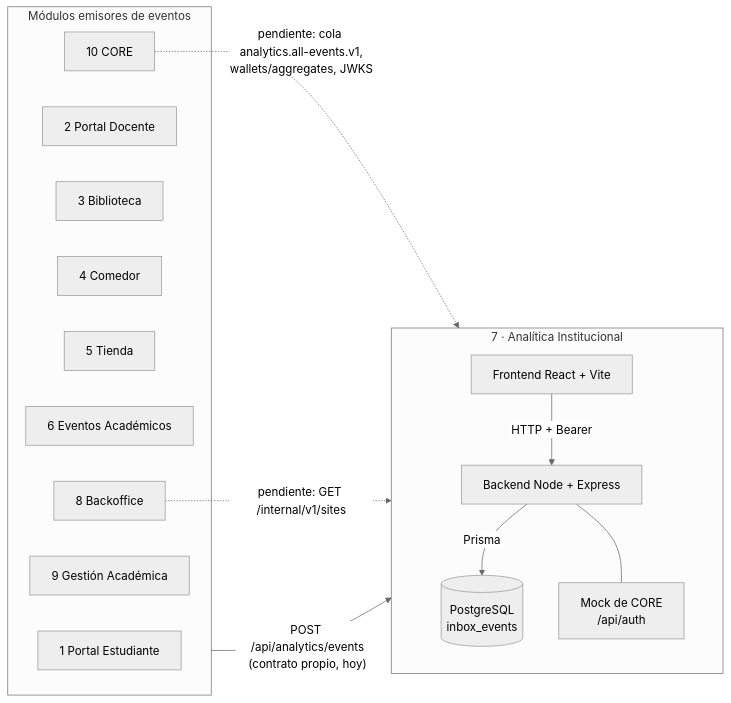
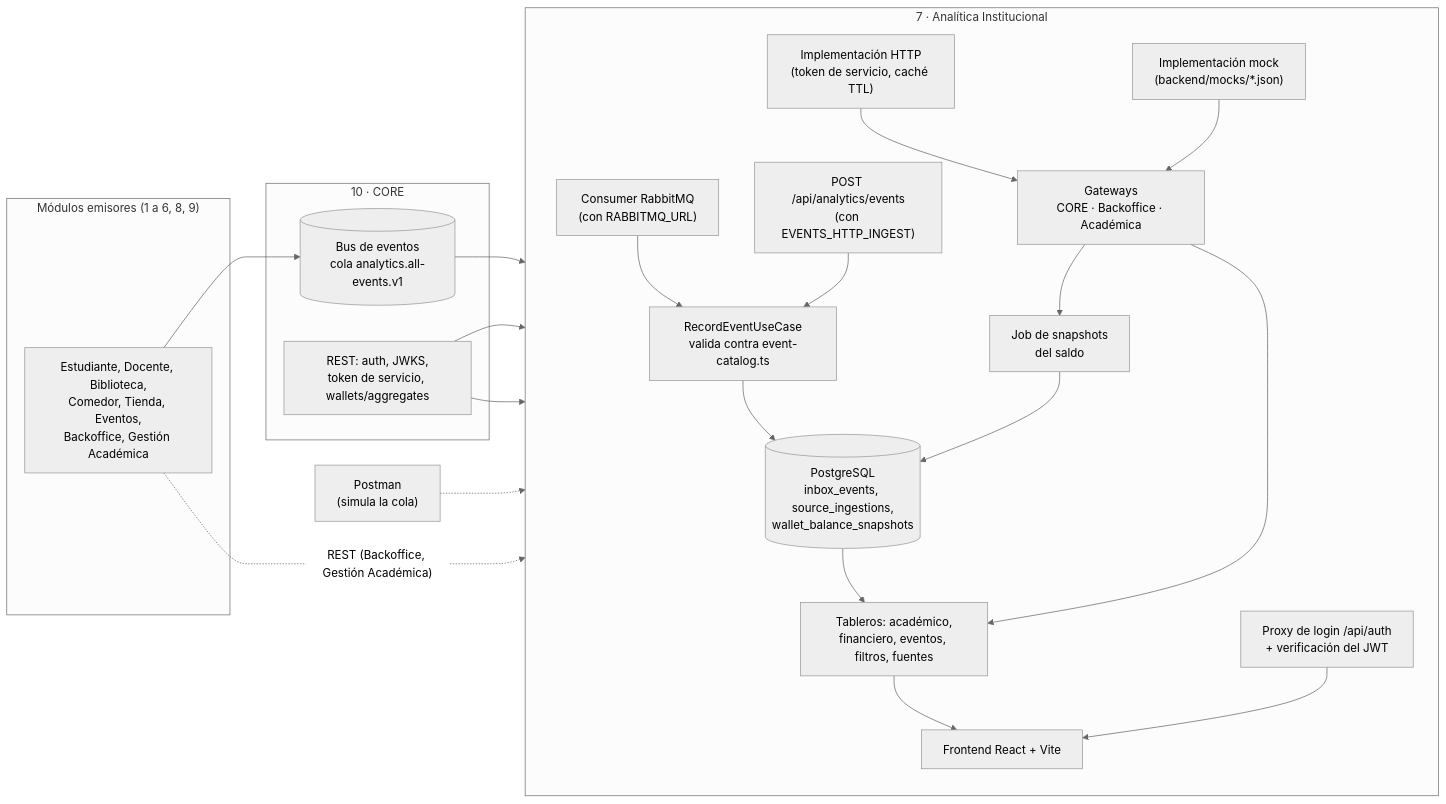
The diagram in README.md (JoacoaFernandez/Modulo7), drawn with Mermaid (neutral theme) before and after one commit. The commit also changed other lines of this file and 5 other files, not shown here.

First line of the commit message:
Fase F de la integración: documentación del contrato v1, modos mock/real y guía del repo

````diff
--- a/README.md
+++ b/README.md
@@ -35,29 +32,45 @@
 ```mermaid
 flowchart LR
-  subgraph Emisores["Módulos emisores de eventos"]
-    PE[1 Portal Estudiante]
-    PD[2 Portal Docente]
-    BI[3 Biblioteca]
-    CO[4 Comedor]
-    TI[5 Tienda]
-    EV[6 Eventos Académicos]
-    BO[8 Backoffice]
-    GA[9 Gestión Académica]
-    CORE[10 CORE]
+  subgraph EM["Módulos emisores (1 a 6, 8, 9)"]
+    G["Estudiante, Docente, Biblioteca,<br/>Comedor, Tienda, Eventos,<br/>Backoffice, Gestión Académica"]
   end
+
+  subgraph CORE["10 · CORE"]
+    BUS[("Bus de eventos<br/>cola analytics.all-events.v1")]
+    CREST["REST: auth, JWKS,<br/>token de servicio, wallets/aggregates"]
+  end
+
+  PM["Postman<br/>(simula la cola)"]
 
   subgraph M7["7 · Analítica Institucional"]
     direction TB
-    FE[Frontend React + Vite]
-    BE[Backend Node + Express]
-    DB[(PostgreSQL<br/>inbox_events)]
-    MOCK[Mock de CORE<br/>/api/auth]
-    FE -- "HTTP + Bearer" --> BE
-    BE -- "Prisma" --> DB
-    BE --- MOCK
+    CONS["Consumer RabbitMQ<br/>(con RABBITMQ_URL)"]
+    POST["POST /api/analytics/events<br/>(con EVENTS_HTTP_INGEST)"]
+    REC["RecordEventUseCase<br/>valida contra event-catalog.ts"]
+    DB[("PostgreSQL<br/>inbox_events, source_ingestions,<br/>wallet_balance_snapshots")]
+    JOB["Job de snapshots<br/>del saldo"]
+    GW["Gateways<br/>CORE · Backoffice · Académica"]
+    HTTP["Implementación HTTP<br/>(token de servicio, caché TTL)"]
+    MOCK["Implementación mock<br/>(backend/mocks/*.json)"]
+    DASH["Tableros: académico,<br/>financiero, eventos, filtros, fuentes"]
+    AUTH["Proxy de login /api/auth<br/>+ verificación del JWT"]
+    FE["Frontend React + Vite"]
+
+    CONS --> REC
+    POST --> REC
+    REC --> DB
+    HTTP --> GW
+    MOCK --> GW
+    GW --> JOB --> DB
+    GW --> DASH
+    DB --> DASH
+    DASH --> FE
+    AUTH --> FE
   end
 
-  Emisores -- "POST /api/analytics/events<br/>(contrato propio, hoy)" --> BE
-  CORE -. "pendiente: cola analytics.all-events.v1,<br/>wallets/aggregates, JWKS" .-> BE
-  BO -. "pendiente: GET /internal/v1/sites" .-> BE
+  G --> BUS --> CONS
+  PM -.-> POST
+  CREST --> HTTP
+  CREST --> AUTH
+  G -. "REST (Backoffice, Gestión Académica)" .-> HTTP
 ```
````
